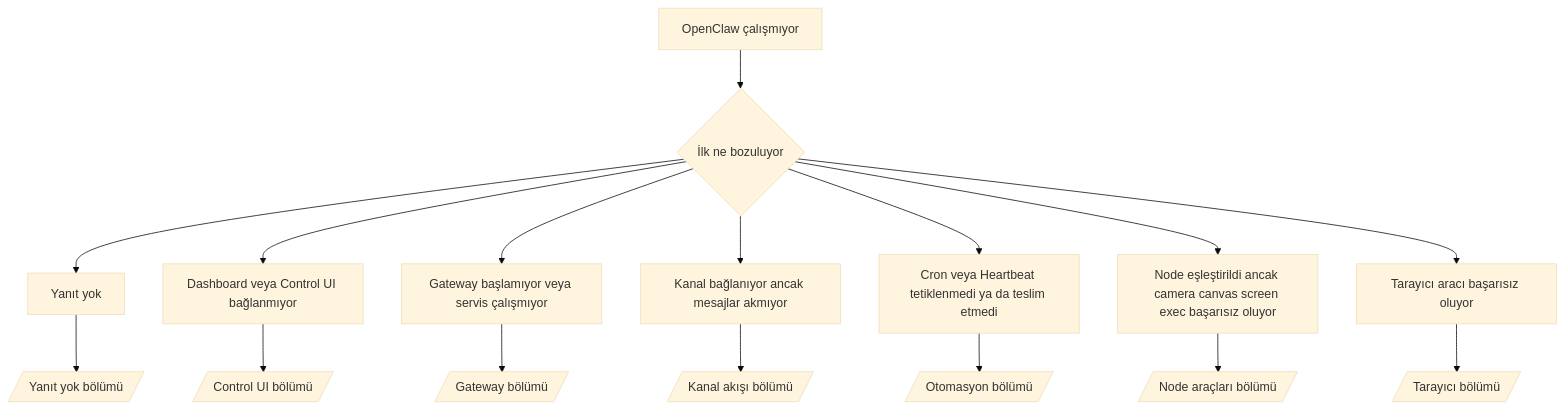
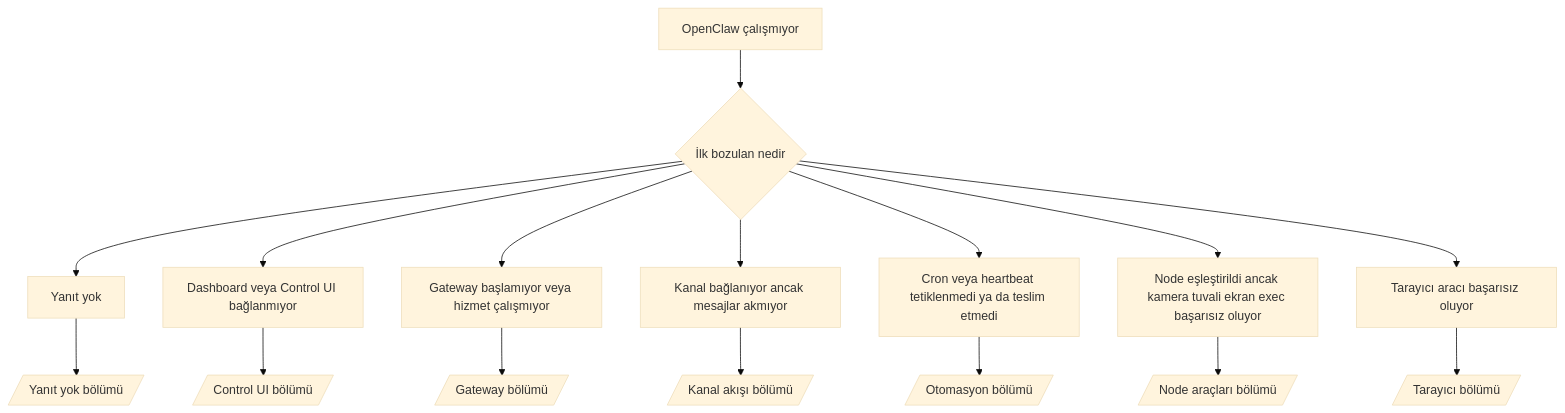
Before and after one commit to openclaw/docs: the diagram in docs/tr/help/troubleshooting.md, drawn with Mermaid (base theme). The commit also changed other lines of this file and 953 other files, not shown here.

````diff
--- a/docs/tr/help/troubleshooting.md
+++ b/docs/tr/help/troubleshooting.md
@@ -123,19 +195,19 @@
 ```mermaid
 flowchart TD
-  A[OpenClaw çalışmıyor] --> B{İlk ne bozuluyor}
+  A[OpenClaw çalışmıyor] --> B{İlk bozulan nedir}
   B --> C[Yanıt yok]
   B --> D[Dashboard veya Control UI bağlanmıyor]
-  B --> E[Gateway başlamıyor veya servis çalışmıyor]
+  B --> E[Gateway başlamıyor veya hizmet çalışmıyor]
   B --> F[Kanal bağlanıyor ancak mesajlar akmıyor]
-  B --> G[Cron veya Heartbeat tetiklenmedi ya da teslim etmedi]
-  B --> H[Node eşleştirildi ancak camera canvas screen exec başarısız oluyor]
+  B --> G[Cron veya heartbeat tetiklenmedi ya da teslim etmedi]
+  B --> H[Node eşleştirildi ancak kamera tuvali ekran exec başarısız oluyor]
   B --> I[Tarayıcı aracı başarısız oluyor]
 
   C --> C1[/Yanıt yok bölümü/]
   D --> D1[/Control UI bölümü/]
   E --> E1[/Gateway bölümü/]
   F --> F1[/Kanal akışı bölümü/]
   G --> G1[/Otomasyon bölümü/]
   H --> H1[/Node araçları bölümü/]
   I --> I1[/Tarayıcı bölümü/]
 ```
````
